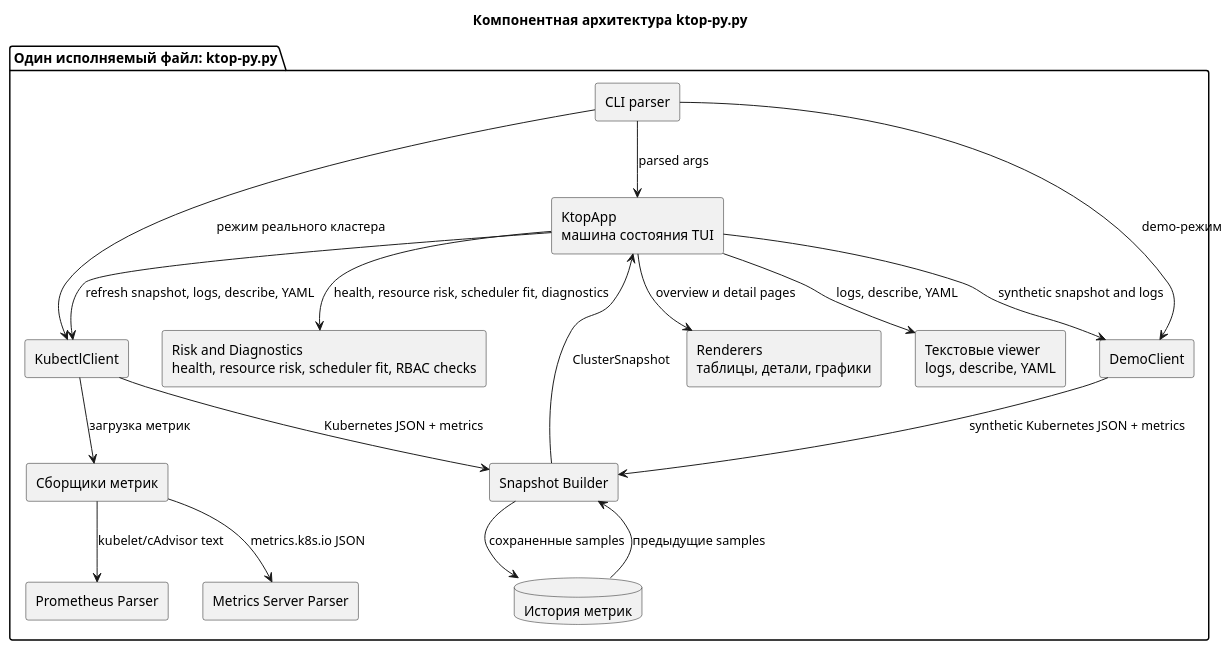
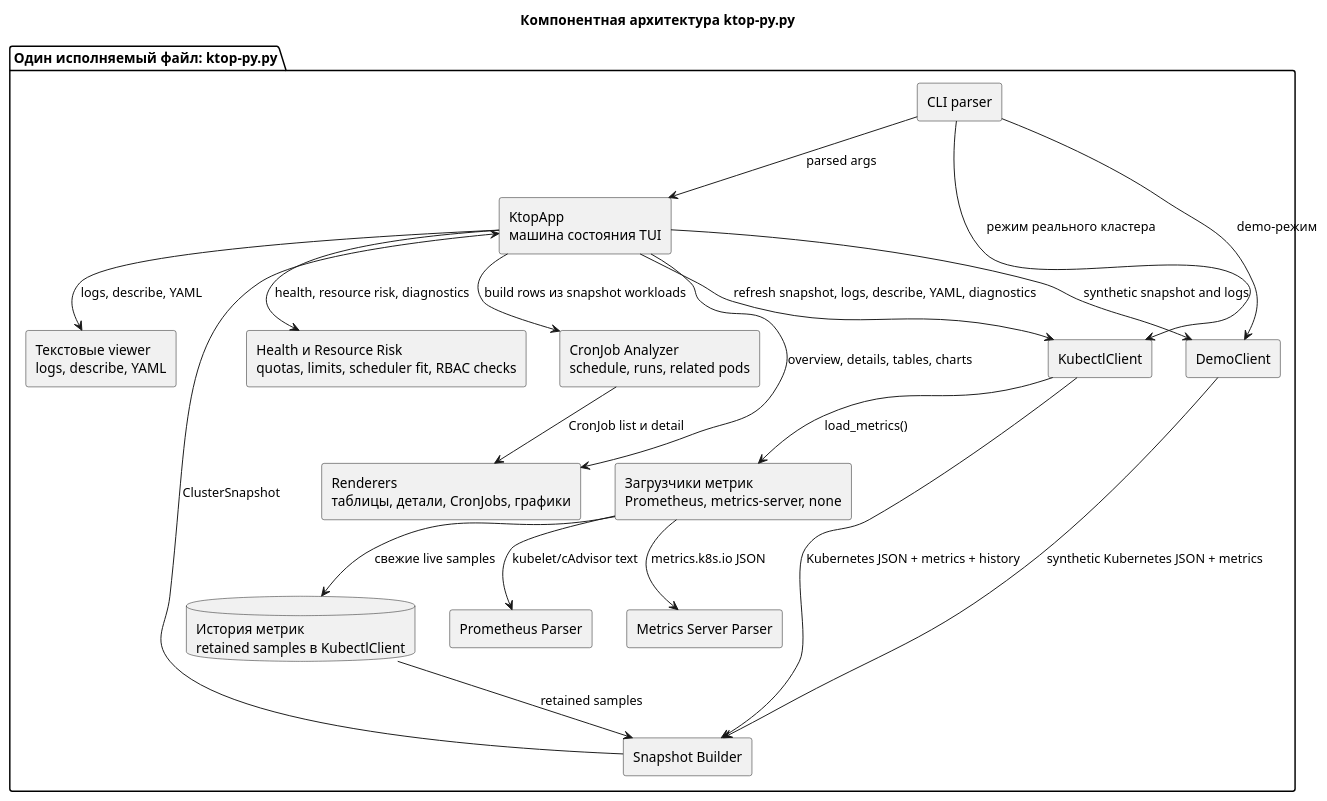
Before and after one commit to dtarasov7/ktop-py: the diagram in diagramms/component-architecture-ru.puml, drawn with PlantUML. The commit also changed 16 other files, not shown here.

```diff
--- a/diagramms/component-architecture-ru.puml
+++ b/diagramms/component-architecture-ru.puml
@@ -1,40 +1,43 @@
 @startuml ktop_py_component_architecture_ru
 title Компонентная архитектура ktop-py.py
 
 skinparam backgroundColor white
 skinparam shadowing false
 skinparam componentStyle rectangle
 
 package "Один исполняемый файл: ktop-py.py" {
   component "CLI parser" as Cli
   component "KtopApp\nмашина состояния TUI" as App
   component "KubectlClient" as Client
   component "DemoClient" as Demo
   component "Snapshot Builder" as Builder
-  component "Сборщики метрик" as Metrics
+  component "Загрузчики метрик\nPrometheus, metrics-server, none" as Metrics
   component "Prometheus Parser" as PromParser
   component "Metrics Server Parser" as MetricsParser
-  component "Renderers\nтаблицы, детали, графики" as Renderers
+  component "Renderers\nтаблицы, детали, CronJobs, графики" as Renderers
   component "Текстовые viewer\nlogs, describe, YAML" as Viewers
-  component "Risk and Diagnostics\nhealth, resource risk, scheduler fit, RBAC checks" as Diagnostics
-  database "История метрик" as History
+  component "CronJob Analyzer\nschedule, runs, related pods" as CronJobs
+  component "Health и Resource Risk\nquotas, limits, scheduler fit, RBAC checks" as Diagnostics
+  database "История метрик\nretained samples в KubectlClient" as History
 }
 
 Cli --> App : parsed args
 Cli --> Client : режим реального кластера
 Cli --> Demo : demo-режим
-App --> Client : refresh snapshot, logs, describe, YAML
+App --> Client : refresh snapshot, logs, describe, YAML, diagnostics
 App --> Demo : synthetic snapshot and logs
-Client --> Metrics : загрузка метрик
+Client --> Metrics : load_metrics()
 Metrics --> PromParser : kubelet/cAdvisor text
 Metrics --> MetricsParser : metrics.k8s.io JSON
-Client --> Builder : Kubernetes JSON + metrics
+Metrics --> History : свежие live samples
+Client --> Builder : Kubernetes JSON + metrics + history
 Demo --> Builder : synthetic Kubernetes JSON + metrics
-Builder --> History : сохраненные samples
-History --> Builder : предыдущие samples
+History --> Builder : retained samples
 Builder --> App : ClusterSnapshot
-App --> Renderers : overview и detail pages
+App --> CronJobs : build rows из snapshot workloads
+CronJobs --> Renderers : CronJob list и detail
+App --> Renderers : overview, details, tables, charts
 App --> Viewers : logs, describe, YAML
-App --> Diagnostics : health, resource risk, scheduler fit, diagnostics
+App --> Diagnostics : health, resource risk, diagnostics
 
 @enduml
```
